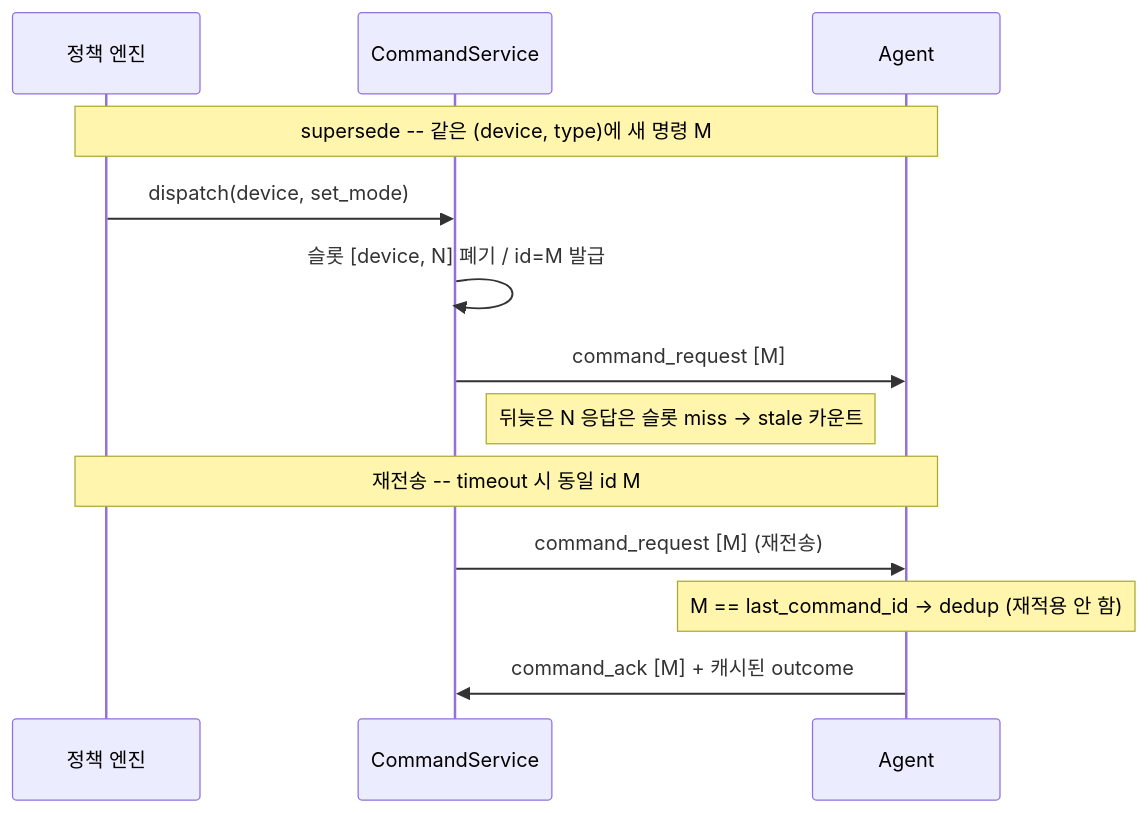
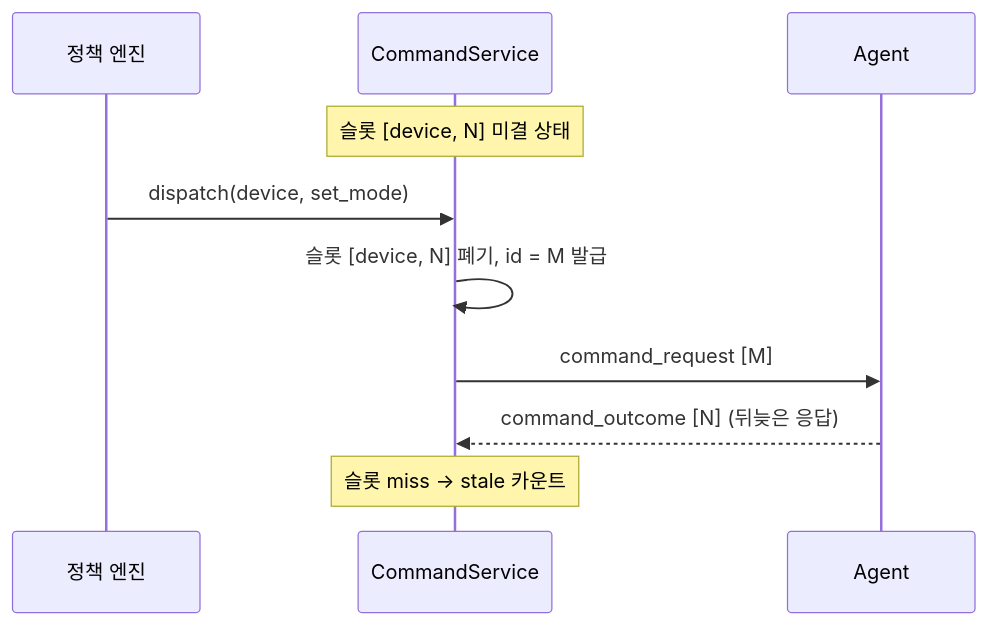
One commit to dnlfis42/ddcs changed the sixth of 8 diagrams in docs/ARCHITECTURE.md. Above: the diagram before and after it, drawn with Mermaid. The commit also changed other lines of this file and 8 other files, not shown here.

````diff
--- a/docs/ARCHITECTURE.md
+++ b/docs/ARCHITECTURE.md
@@ -301,15 +306,12 @@
 ```mermaid
 sequenceDiagram
   participant POL as 정책 엔진
   participant CS as CommandService
   participant AG as Agent
-  Note over POL,AG: supersede -- 같은 (device, type)에 새 명령 M
+  Note over CS: 슬롯 [device, N] 미결 상태
   POL->>CS: dispatch(device, set_mode)
-  CS->>CS: 슬롯 [device, N] 폐기 / id=M 발급
+  CS->>CS: 슬롯 [device, N] 폐기, id = M 발급
   CS->>AG: command_request [M]
-  Note right of CS: 뒤늦은 N 응답은 슬롯 miss -> stale 카운트
-  Note over POL,AG: 재전송 -- timeout 시 동일 id M
-  CS->>AG: command_request [M] (재전송)
-  Note over AG: M == last_command_id -> dedup (재적용 안 함)
-  AG->>CS: command_ack [M] + 캐시된 outcome
+  AG-->>CS: command_outcome [N] (뒤늦은 응답)
+  Note over CS: 슬롯 miss → stale 카운트
 ```
````
